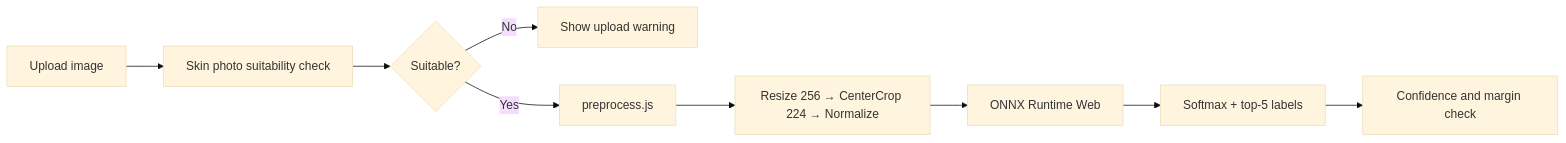
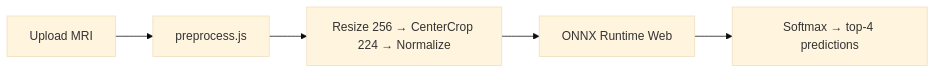
Before and after one commit to EarlClydeeee/py-react-onnx-resnet50: the diagram in README.md, drawn with Mermaid (base theme). The commit also changed other lines of this file and 10 other files, not shown here.

````diff
--- a/README.md
+++ b/README.md
@@ -107,11 +100,7 @@
 ```mermaid
 flowchart LR
-    A[Upload image] --> B["Skin photo suitability check"]
-    B --> C{Suitable?}
-    C -- No --> D[Show upload warning]
-    C -- Yes --> E[preprocess.js]
-    E --> F["Resize 256 → CenterCrop 224 → Normalize"]
-    F --> G[ONNX Runtime Web]
-    G --> H[Softmax + top-5 labels]
-    H --> I["Confidence and margin check"]
+    A[Upload MRI] --> B[preprocess.js]
+    B --> C["Resize 256 → CenterCrop 224 → Normalize"]
+    C --> D[ONNX Runtime Web]
+    D --> E[Softmax → top-4 predictions]
 ```
````
